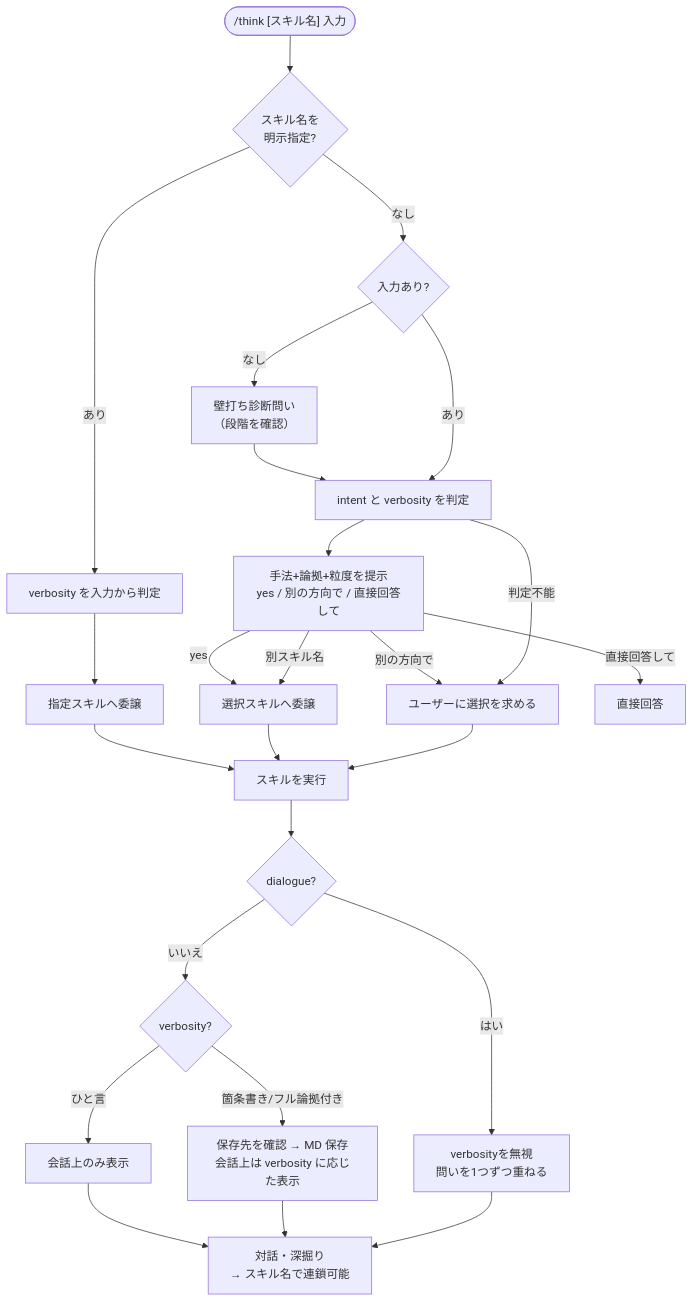
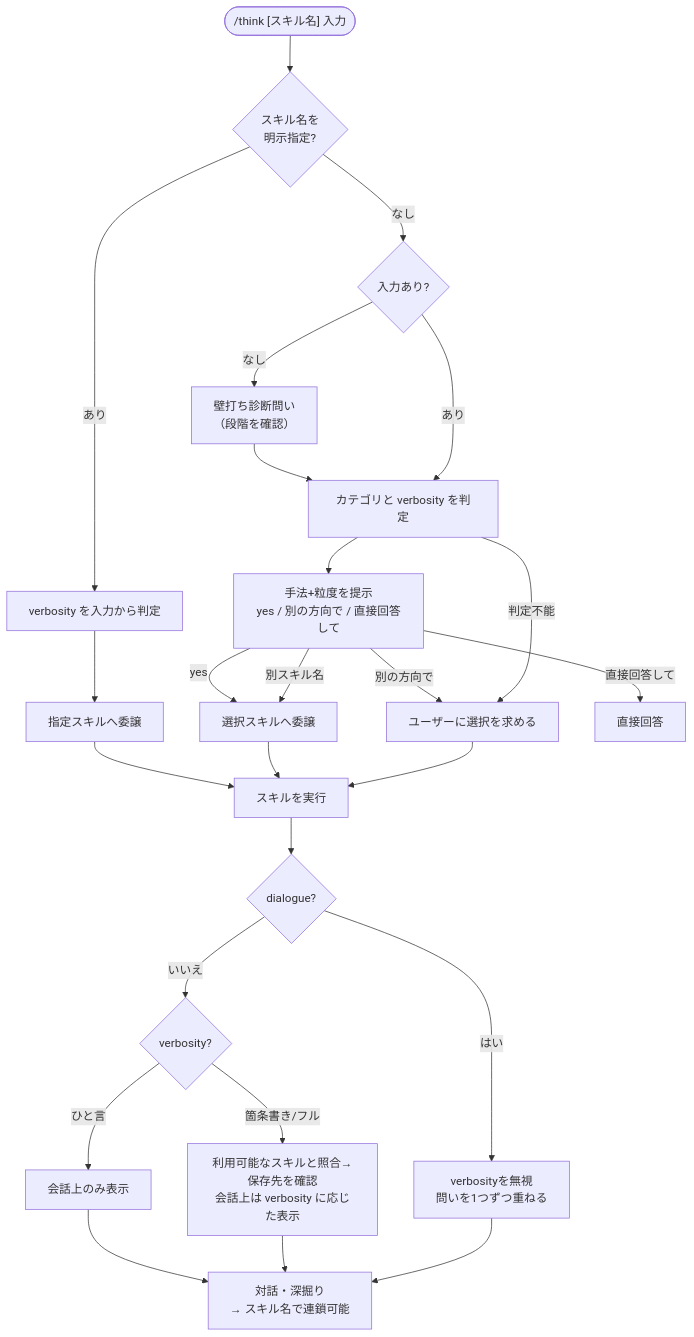
One commit to agaemo/dotfiles changed the diagram in claude/skills/think/README.md. Above: the diagram before and after it, drawn with Mermaid. The commit also changed other lines of this file and 52 other files, not shown here.

````diff
--- a/claude/skills/think/README.md
+++ b/claude/skills/think/README.md
@@ -88,28 +94,28 @@
 ```mermaid
 flowchart TD
     Start(["/think [スキル名] 入力"]) --> Parse{スキル名を\n明示指定?}
 
     Parse -- あり --> VB1[verbosity を入力から判定]
     VB1 --> Direct[指定スキルへ委譲]
 
     Parse -- なし --> Check{入力あり?}
     Check -- なし --> Diag["壁打ち診断問い\n（段階を確認）"]
     Diag --> Auto
-    Check -- あり --> Auto[intent と verbosity を判定]
-    Auto --> Confirm["手法+論拠+粒度を提示\nyes / 別の方向で / 直接回答して"]
+    Check -- あり --> Auto[カテゴリと verbosity を判定]
+    Auto --> Confirm["手法+粒度を提示\nyes / 別の方向で / 直接回答して"]
     Confirm -- yes --> Route[選択スキルへ委譲]
     Confirm -- 別の方向で --> Ask[ユーザーに選択を求める]
     Confirm -- 直接回答して --> Direct2[直接回答]
     Confirm -- 別スキル名 --> Route
     Auto -- 判定不能 --> Ask
 
     Direct & Route --> Exec[スキルを実行]
     Ask --> Exec
 
     Exec --> IsDialogue{dialogue?}
     IsDialogue -- はい --> Socratic["verbosityを無視\n問いを1つずつ重ねる"]
     IsDialogue -- いいえ --> Out{verbosity?}
     Out -- ひと言 --> Chat[会話上のみ表示]
-    Out -- 箇条書き/フル論拠付き --> SaveQ[保存先を確認 → MD 保存\n会話上は verbosity に応じた表示]
+    Out -- 箇条書き/フル --> SaveQ[利用可能なスキルと照合→保存先を確認\n会話上は verbosity に応じた表示]
     Chat & SaveQ & Socratic --> Dialog["対話・深掘り\n→ スキル名で連鎖可能"]
 ```
````
